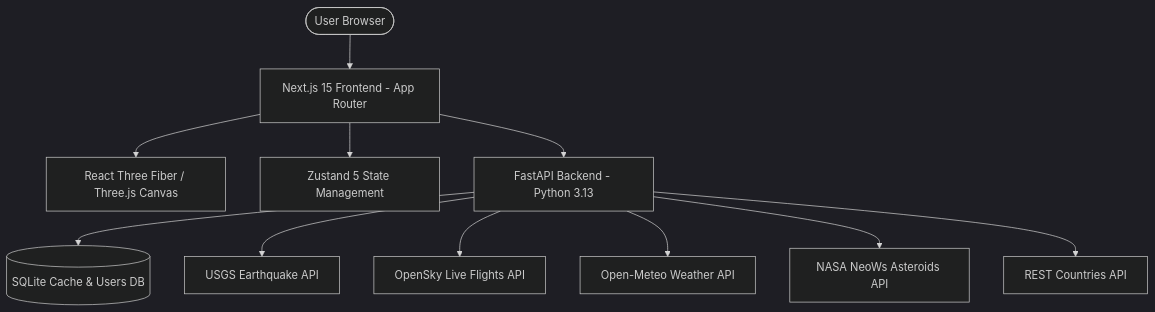
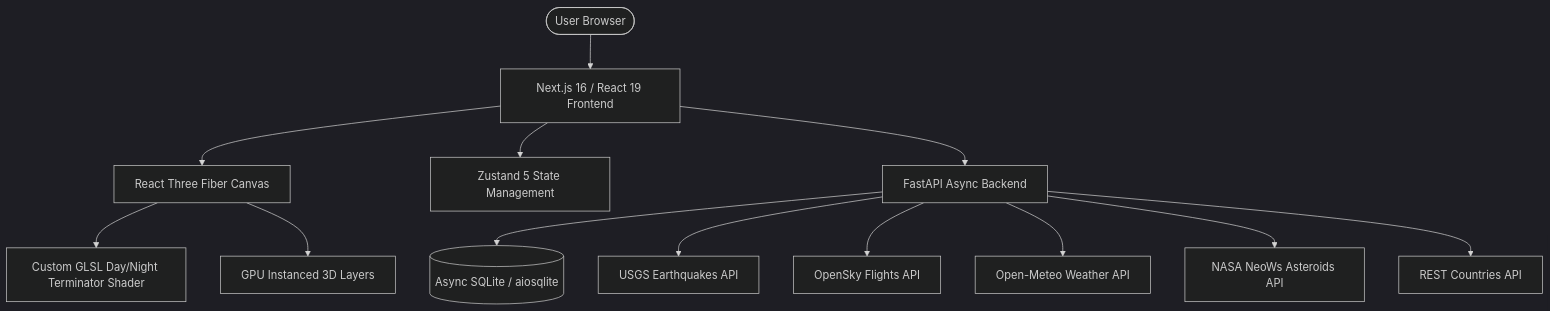
The diagram in TerraScope/README.md (DmytroHnylytskyi/Resume), drawn with Mermaid (dark theme) before and after one commit. The commit also changed other lines of this file and 418 other files, not shown here.

First line of the commit message:
feat(portfolio): complete 3D world optimization, bilingual support, monochrome UI & multi-project architecture

````diff
--- a/TerraScope/README.md
+++ b/TerraScope/README.md
@@ -36,14 +51,16 @@
 ```mermaid
 graph TD
-    User([User Browser]) --> Frontend[Next.js 15 Frontend - App Router]
-    Frontend --> R3F[React Three Fiber / Three.js Canvas]
-    Frontend --> Zustand[Zustand 5 State Management]
-    Frontend --> FastAPI[FastAPI Backend - Python 3.13]
+    Client([User Browser]) --> NextApp[Next.js 16 / React 19 Frontend]
+    NextApp --> R3F[React Three Fiber Canvas]
+    R3F --> Shaders[Custom GLSL Day/Night Terminator Shader]
+    R3F --> InstancedMeshes[GPU Instanced 3D Layers]
+    NextApp --> Zustand[Zustand 5 State Management]
+    NextApp --> FastAPIServer[FastAPI Async Backend]
     
-    FastAPI --> CacheDB[(SQLite Cache & Users DB)]
-    FastAPI --> USGS[USGS Earthquake API]
-    FastAPI --> OpenSky[OpenSky Live Flights API]
-    FastAPI --> OpenMeteo[Open-Meteo Weather API]
-    FastAPI --> NASA[NASA NeoWs Asteroids API]
-    FastAPI --> RESTCountries[REST Countries API]
+    FastAPIServer --> AsyncDB[(Async SQLite / aiosqlite)]
+    FastAPIServer --> USGS[USGS Earthquakes API]
+    FastAPIServer --> OpenSky[OpenSky Flights API]
+    FastAPIServer --> OpenMeteo[Open-Meteo Weather API]
+    FastAPIServer --> NASA[NASA NeoWs Asteroids API]
+    FastAPIServer --> RESTCountries[REST Countries API]
 ```
````
